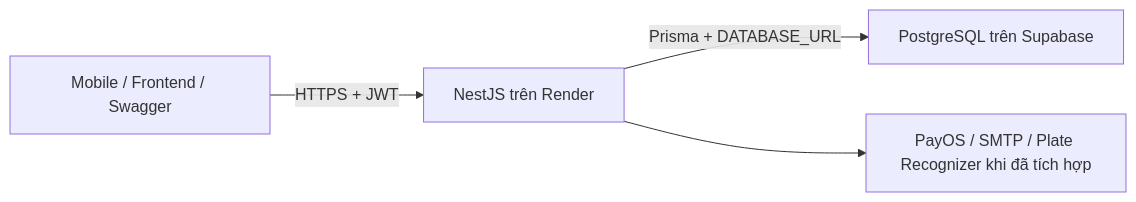
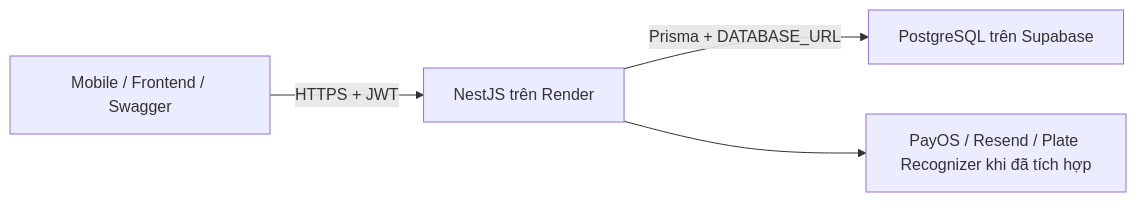
Before and after one commit to PRM393-PBMS/Backend: the diagram in docs/huong-dan-env-va-deploy.md, drawn with Mermaid. The commit also changed other lines of this file and 10 other files, not shown here.

````diff
--- a/docs/huong-dan-env-va-deploy.md
+++ b/docs/huong-dan-env-va-deploy.md
@@ -9,6 +9,6 @@
 ```mermaid
 flowchart LR
   A[Mobile / Frontend / Swagger] -->|HTTPS + JWT| B[NestJS trên Render]
   B -->|Prisma + DATABASE_URL| C[PostgreSQL trên Supabase]
-  B --> D[PayOS / SMTP / Plate Recognizer khi đã tích hợp]
+  B --> D[PayOS / Resend / Plate Recognizer khi đã tích hợp]
 ```
````
